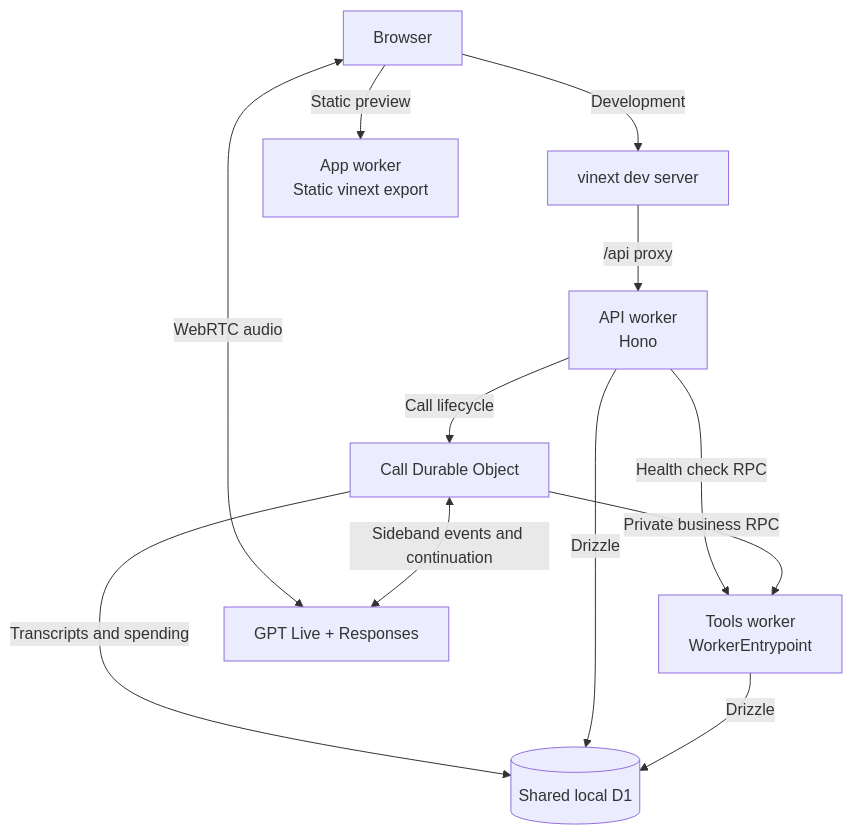
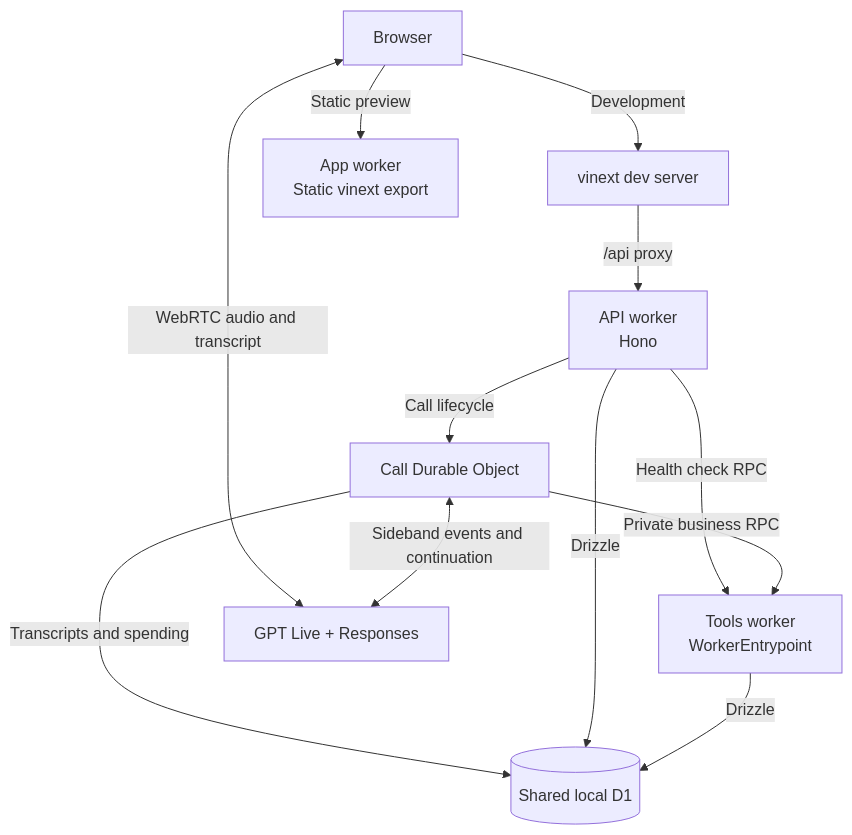
One commit to hd-o/voice-freight-broker changed the diagram in README.md. Above: the diagram before and after it, drawn with Mermaid. The commit also changed 14 other files, not shown here.

Commit message:
feat: stream live transcripts over WebRTC

````diff
--- a/README.md
+++ b/README.md
@@ -111,23 +111,23 @@
 ```mermaid
 flowchart TD
   Browser["Browser"]
   Dev["vinext dev server"]
   App["App worker<br/>Static vinext export"]
   API["API worker<br/>Hono"]
   Tools["Tools worker<br/>WorkerEntrypoint"]
   Call["Call Durable Object"]
   Live["GPT Live + Responses"]
   DB[("Shared local D1")]
 
   Browser -->|Development| Dev
   Browser -->|Static preview| App
   Dev -->|/api proxy| API
   API -->|Health check RPC| Tools
   API -->|Call lifecycle| Call
-  Browser <-->|WebRTC audio| Live
+  Browser <-->|WebRTC audio and transcript | Live
   Call <-->|Sideband events and continuation| Live
   Call -->|Private business RPC| Tools
   Call -->|Transcripts and spending| DB
   API -->|Drizzle| DB
   Tools -->|Drizzle| DB
 ```
````
